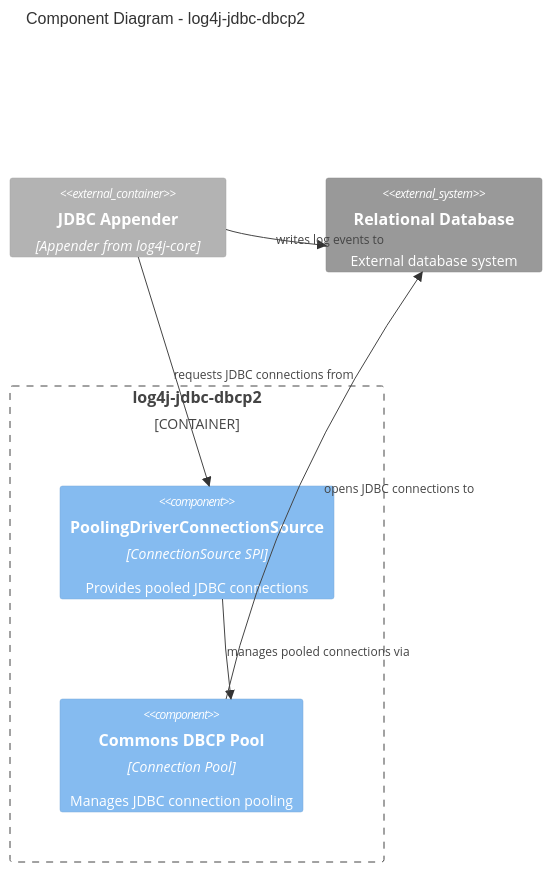
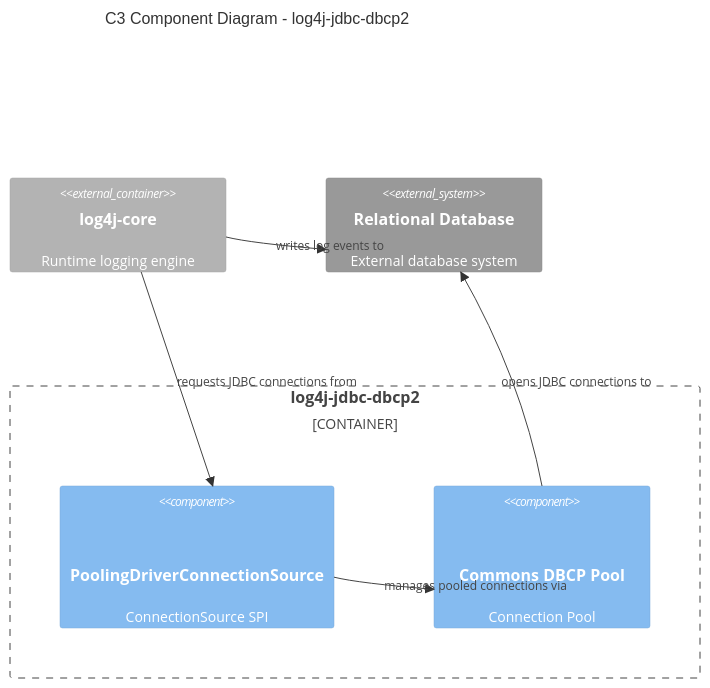
Before and after one commit to SwDA-Team07/AY-25-26-project: the seventh of 8 diagrams in docs/architecture.md, drawn with Mermaid. The commit also changed other lines of this file, not shown here.

First line of the commit message:
docs: Change on the C3 level diagrams, SOLID and Summary

````diff
--- a/docs/architecture.md
+++ b/docs/architecture.md
@@ -252,18 +278,18 @@
 ```mermaid
 C4Component
-title Component Diagram - log4j-jdbc-dbcp2
+title C3 Component Diagram - log4j-jdbc-dbcp2
 
-Container_Ext(core, "JDBC Appender", "Appender from log4j-core")
+Container_Ext(core, "log4j-core",, "Runtime logging engine")
 System_Ext(db, "Relational Database", "External database system")
 
 Container_Boundary(jdbc2, "log4j-jdbc-dbcp2") {
 
-    Component(pcs, "PoolingDriverConnectionSource", "ConnectionSource SPI", "Provides pooled JDBC connections")
-    Component(dbcp, "Commons DBCP Pool", "Connection Pool", "Manages JDBC connection pooling")
+    Component(pcs, "PoolingDriverConnectionSource",, "ConnectionSource SPI", "Provides pooled JDBC connections")
+    Component(dbcp, "Commons DBCP Pool",, "Connection Pool", "Manages JDBC connection pooling")
 }
 
 Rel(core, pcs, "requests JDBC connections from")
 Rel(pcs, dbcp, "manages pooled connections via")
 Rel(dbcp, db, "opens JDBC connections to")
 Rel(core, db, "writes log events to")
 ```
````
